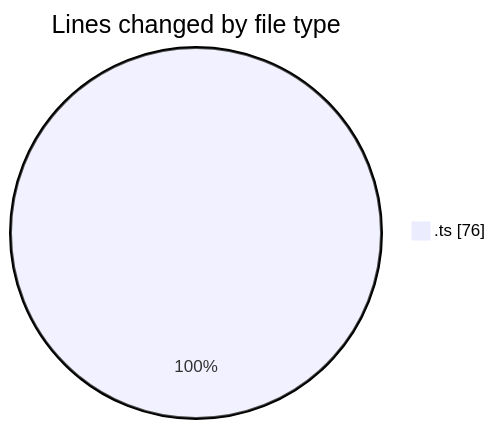
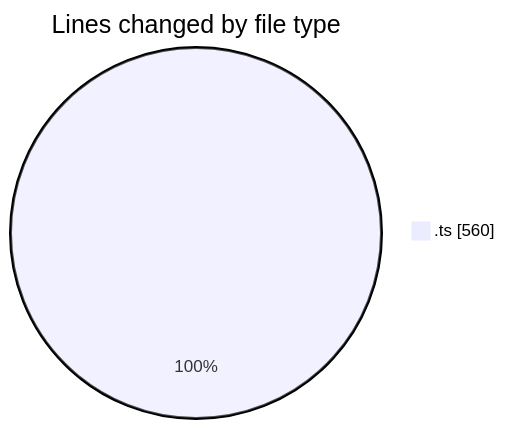
One commit to momahboobian/code-tracking changed the first of 2 diagrams in 2025-08-05/cda/README.md. Above: the diagram before and after it, drawn with Mermaid. The commit also changed other lines of this file and 1 other file, not shown here.

````diff
--- a/2025-08-05/cda/README.md
+++ b/2025-08-05/cda/README.md
@@ -20,5 +20,5 @@
 ```mermaid
 pie showData
 title Lines changed by file type
-".ts" : 76
+".ts" : 560
 ```
````
